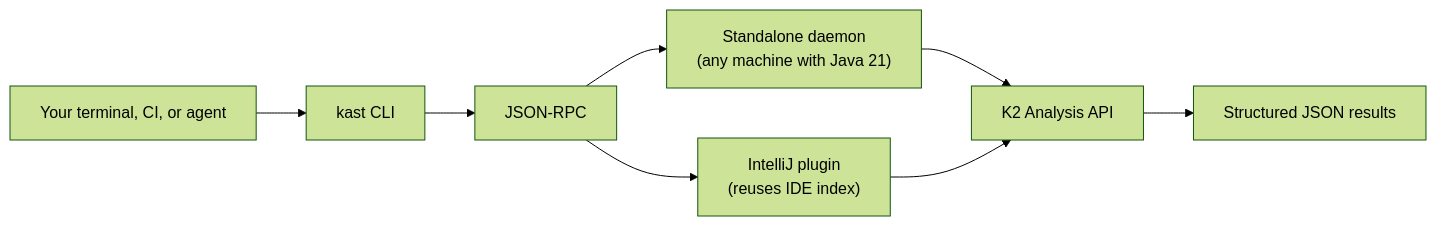
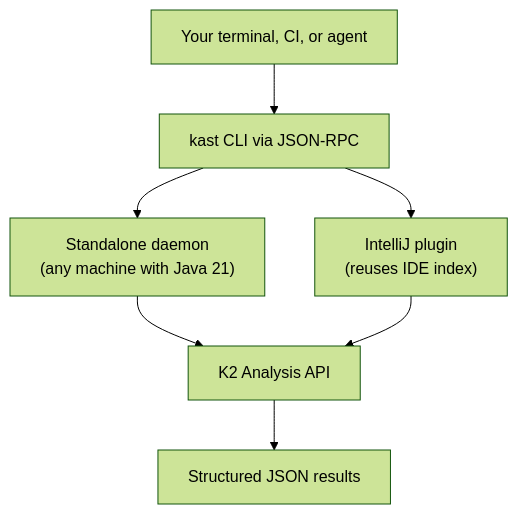
One commit to amichne/kast changed the diagram in docs/index.md. Above: the diagram before and after it, drawn with Mermaid (forest theme). The commit also changed other lines of this file and 54 other files, not shown here.

````diff
--- a/docs/index.md
+++ b/docs/index.md
@@ -17,10 +17,9 @@
 ```mermaid
-flowchart LR
-    A["Your terminal, CI, or agent"] --> B["kast CLI"]
-    B --> C["JSON-RPC"]
+flowchart TD
+    A["Your terminal, CI, or agent"] --> C["kast CLI via JSON-RPC"]
     C --> D["Standalone daemon\n(any machine with Java 21)"]
     C --> E["IntelliJ plugin\n(reuses IDE index)"]
     D --> F["K2 Analysis API"]
     E --> F
     F --> G["Structured JSON results"]
 ```
````
